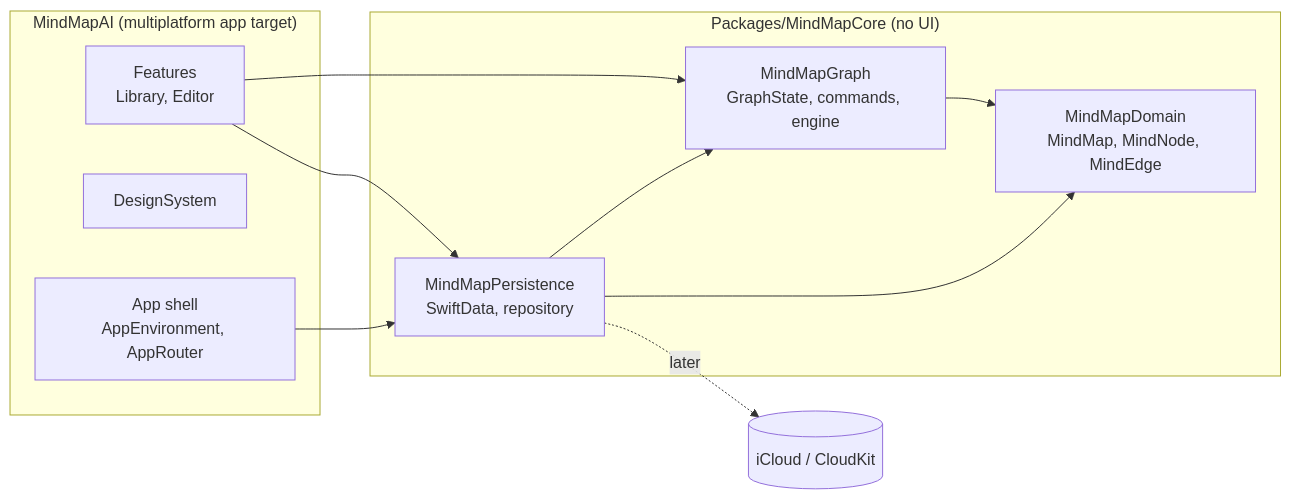
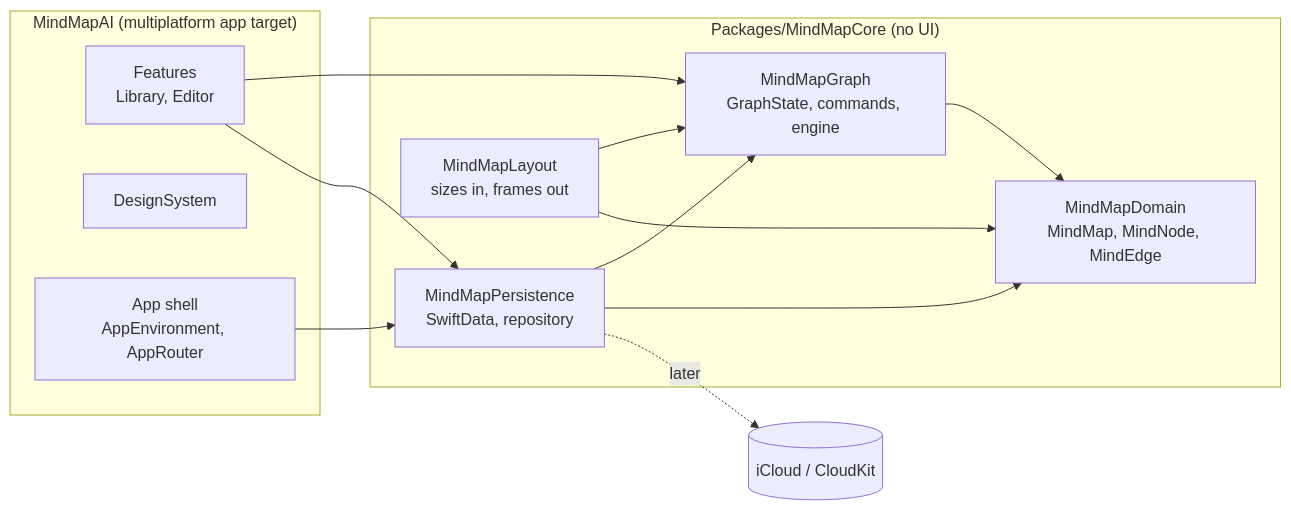
Before and after one commit to tdduydev/xdev-mindmap-ai: the diagram in docs/architecture.md, drawn with Mermaid. The commit also changed other lines of this file and 12 other files, not shown here.

````diff
--- a/docs/architecture.md
+++ b/docs/architecture.md
@@ -5,20 +5,23 @@
 ```mermaid
 flowchart LR
   subgraph App["MindMapAI (multiplatform app target)"]
     Features["Features<br/>Library, Editor"]
     DS["DesignSystem"]
     Shell["App shell<br/>AppEnvironment, AppRouter"]
   end
   subgraph Core["Packages/MindMapCore (no UI)"]
     Domain["MindMapDomain<br/>MindMap, MindNode, MindEdge"]
     Graph["MindMapGraph<br/>GraphState, commands, engine"]
     Persistence["MindMapPersistence<br/>SwiftData, repository"]
+    Layout["MindMapLayout<br/>sizes in, frames out"]
   end
   Features --> Graph
   Features --> Persistence
   Shell --> Persistence
   Graph --> Domain
   Persistence --> Graph
   Persistence --> Domain
+  Layout --> Graph
+  Layout --> Domain
   Persistence -.later.-> CloudKit[(iCloud / CloudKit)]
 ```
````
